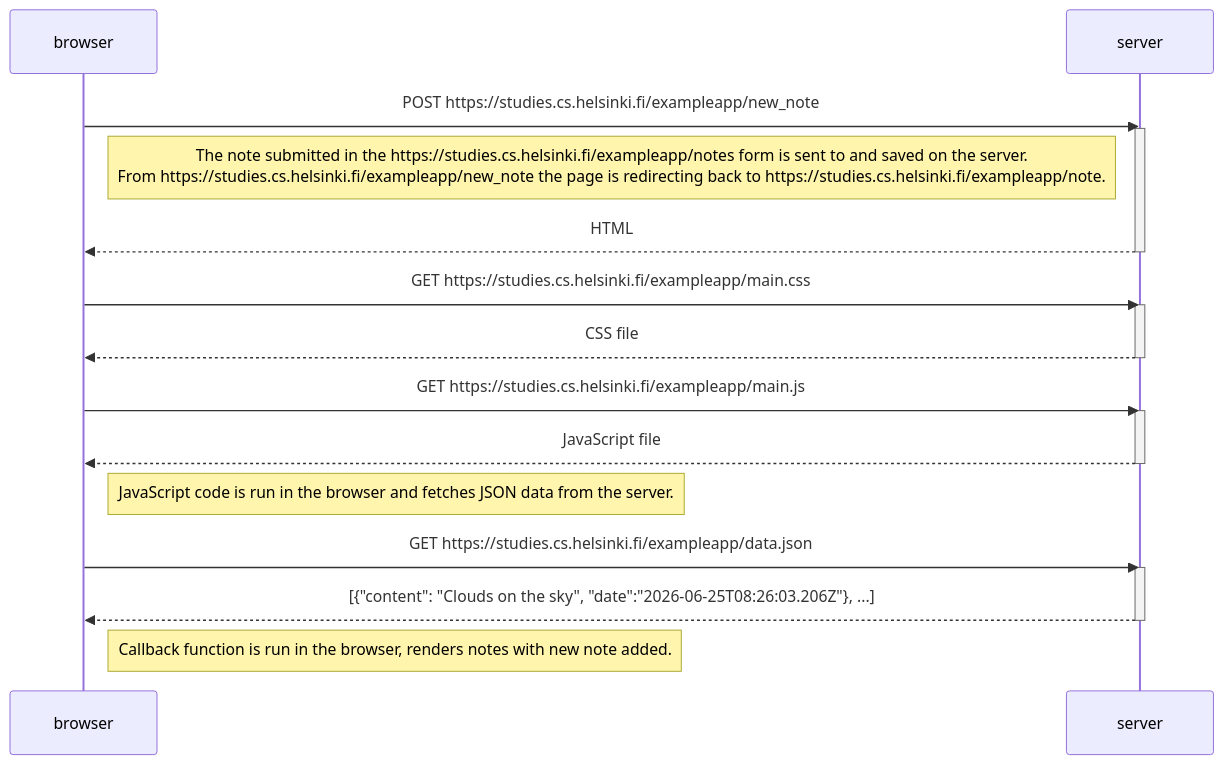
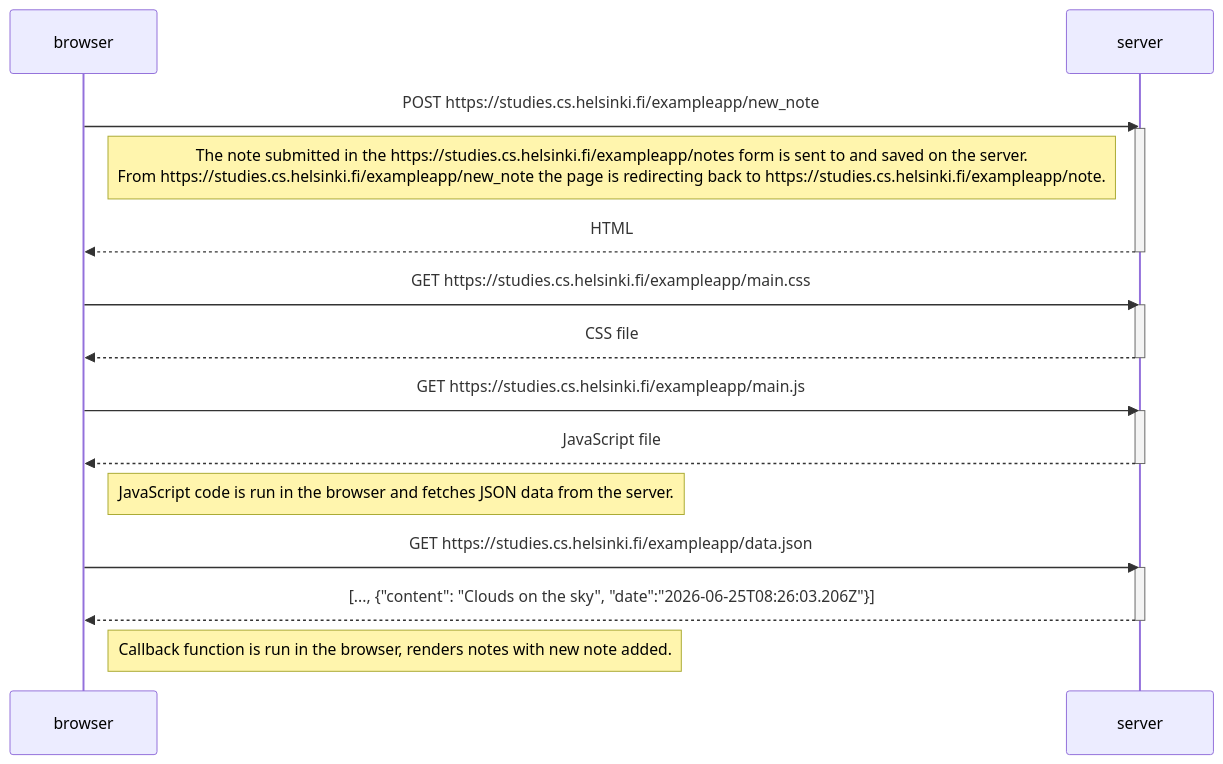
One commit to Sandrowue/FullStackOpen changed the diagram in adding_note_sequence.md. Above: the diagram before and after it, drawn with Mermaid.

Commit message:
reference to additional entries put to beginning of JSON excerpt

````diff
--- a/adding_note_sequence.md
+++ b/adding_note_sequence.md
@@ -1,32 +1,32 @@
 ```mermaid
 sequenceDiagram
     participant browser
     participant server
 
     browser->>server: POST https://studies.cs.helsinki.fi/exampleapp/new_note
     activate server
 
     Note right of browser: The note submitted in the https://studies.cs.helsinki.fi/exampleapp/notes form is sent to and saved on the server. <br>From https://studies.cs.helsinki.fi/exampleapp/new_note the page is redirecting back to https://studies.cs.helsinki.fi/exampleapp/note. 
 
     server-->> browser: HTML
     deactivate server
 
     browser->>server: GET https://studies.cs.helsinki.fi/exampleapp/main.css
     activate server
     server-->>browser: CSS file
     deactivate server
 
     browser->>server: GET https://studies.cs.helsinki.fi/exampleapp/main.js
     activate server
     server-->>browser: JavaScript file
     deactivate server
 
     Note right of browser: JavaScript code is run in the browser and fetches JSON data from the server.
 
     browser->>server: GET https://studies.cs.helsinki.fi/exampleapp/data.json
     activate server
-    server-->>browser: [{"content": "Clouds on the sky", "date":"2026-06-25T08:26:03.206Z"}, ...] 
+    server-->>browser: [..., {"content": "Clouds on the sky", "date":"2026-06-25T08:26:03.206Z"}] 
     deactivate server
 
     Note right of browser: Callback function is run in the browser, renders notes with new note added.
 ```
````
